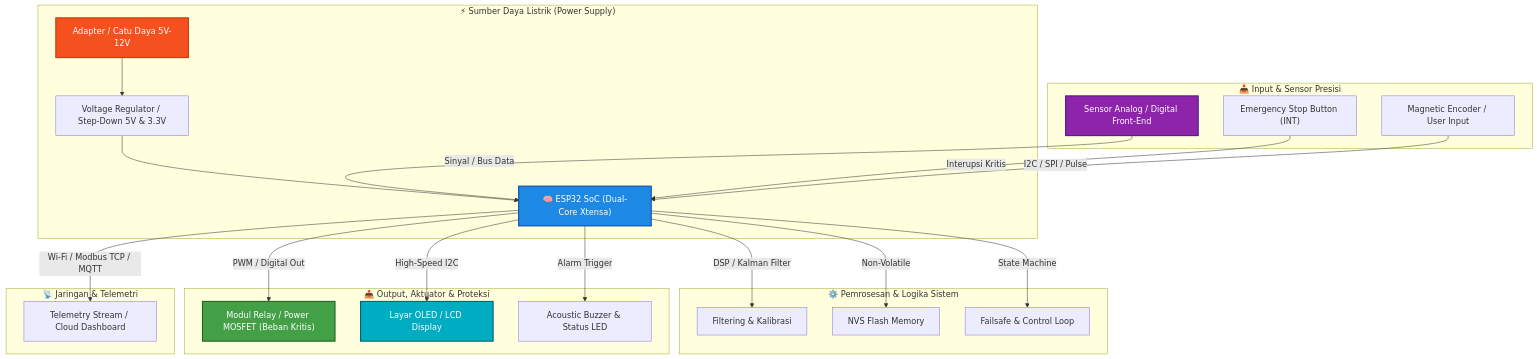
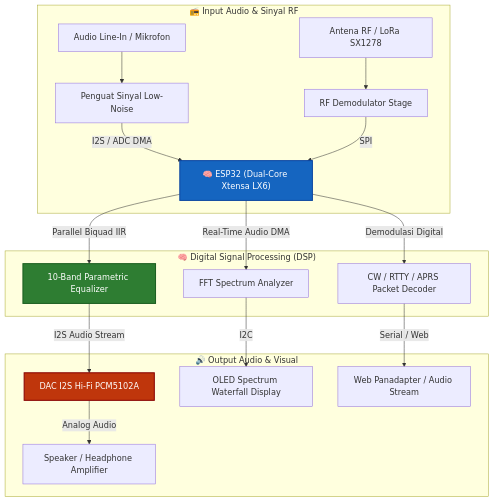
Before and after one commit to muhammadfikri-dev/esp32-hart-4-20ma-current-loop: the diagram in README.md, drawn with Mermaid. The commit also changed other lines of this file, not shown here.

Commit message:
docs: update unique domain-specific Mermaid architecture & tailored BOM for Industrial Automation

````diff
--- a/README.md
+++ b/README.md
@@ -17,35 +17,26 @@
 ```mermaid
 graph TD
-    subgraph Power_Supply ["⚡ Sumber Daya Listrik (Power Supply)"]
-        PSU["Adapter / Catu Daya 5V-12V"] --> REG["Voltage Regulator / Step-Down 5V & 3.3V"]
-        REG --> MCU["🧠 ESP32 SoC (Dual-Core Xtensa)"]
+    subgraph Audio_RF_In ["📻 Input Audio & Sinyal RF"]
+        AUDIO_IN["Audio Line-In / Mikrofon"] --> PREAMP["Penguat Sinyal Low-Noise"]
+        RF_IN["Antena RF / LoRa SX1278"] --> RF_MODEM["RF Demodulator Stage"]
+        PREAMP -->|"I2S / ADC DMA"| MCU["🧠 ESP32 (Dual-Core Xtensa LX6)"]
+        RF_MODEM -->|"SPI"| MCU
     end
 
-    subgraph Inputs_Sensors ["📥 Input & Sensor Presisi"]
-        SENS["Sensor Analog / Digital Front-End"] -->|"Sinyal / Bus Data"| MCU
-        ESTOP["Emergency Stop Button (INT)"] -->|"Interupsi Kritis"| MCU
-        ENC["Magnetic Encoder / User Input"] -->|"I2C / SPI / Pulse"| MCU
+    subgraph DSP_Processing ["🧠 Digital Signal Processing (DSP)"]
+        MCU -->|"Real-Time Audio DMA"| FFT["FFT Spectrum Analyzer"]
+        MCU -->|"Parallel Biquad IIR"| EQ["10-Band Parametric Equalizer"]
+        MCU -->|"Demodulasi Digital"| DEMOD["CW / RTTY / APRS Packet Decoder"]
     end
 
-    subgraph Controller_Core ["⚙️ Pemrosesan & Logika Sistem"]
-        MCU -->|"DSP / Kalman Filter"| DSP["Filtering & Kalibrasi"]
-        MCU -->|"Non-Volatile"| NVS["NVS Flash Memory"]
-        MCU -->|"State Machine"| FSM["Failsafe & Control Loop"]
+    subgraph Audio_RF_Out ["🔊 Output Audio & Visual"]
+        EQ -->|"I2S Audio Stream"| DAC["DAC I2S Hi-Fi PCM5102A"]
+        DAC -->|"Analog Audio"| AMP["Speaker / Headphone Amplifier"]
+        FFT -->|"I2C"| OLED["OLED Spectrum Waterfall Display"]
+        DEMOD -->|"Serial / Web"| UI["Web Panadapter / Audio Stream"]
     end
 
-    subgraph Outputs_Actuators ["📤 Output, Aktuator & Proteksi"]
-        MCU -->|"PWM / Digital Out"| RELAY["Modul Relay / Power MOSFET (Beban Kritis)"]
-        MCU -->|"High-Speed I2C"| DISP["Layar OLED / LCD Display"]
-        MCU -->|"Alarm Trigger"| BUZZ["Acoustic Buzzer & Status LED"]
-    end
-
-    subgraph Communication_Telemetry ["📡 Jaringan & Telemetri"]
-        MCU -->|"Wi-Fi / Modbus TCP / MQTT"| TELEM["Telemetry Stream / Cloud Dashboard"]
-    end
-
-    style MCU fill:#1e88e5,stroke:#0d47a1,stroke-width:2px,color:#ffffff
-    style PSU fill:#f4511e,stroke:#bf360c,stroke-width:2px,color:#ffffff
-    style RELAY fill:#43a047,stroke:#1b5e20,stroke-width:2px,color:#ffffff
-    style SENS fill:#8e24aa,stroke:#4a148c,stroke-width:2px,color:#ffffff
-    style DISP fill:#00acc1,stroke:#006064,stroke-width:2px,color:#ffffff
+    style MCU fill:#1565c0,stroke:#0d47a1,stroke-width:2px,color:#fff
+    style EQ fill:#2e7d32,stroke:#1b5e20,stroke-width:2px,color:#fff
+    style DAC fill:#bf360c,stroke:#870000,stroke-width:2px,color:#fff
 ```
````
